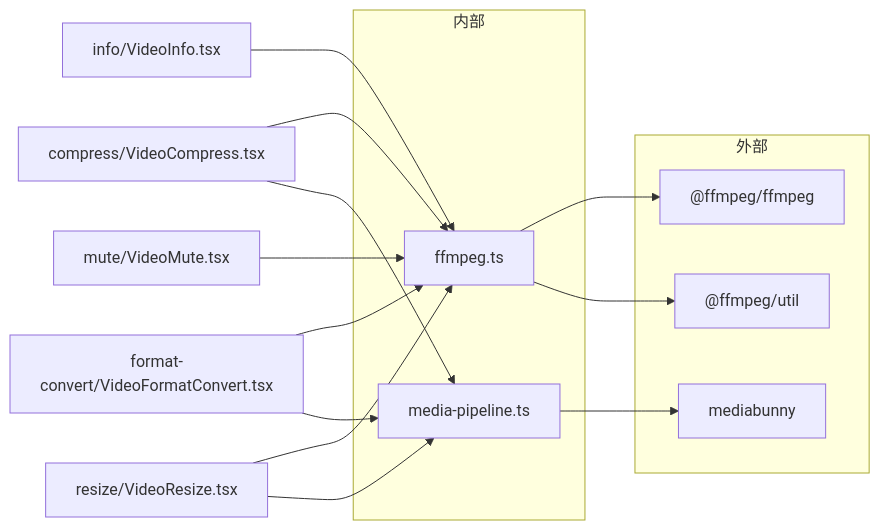
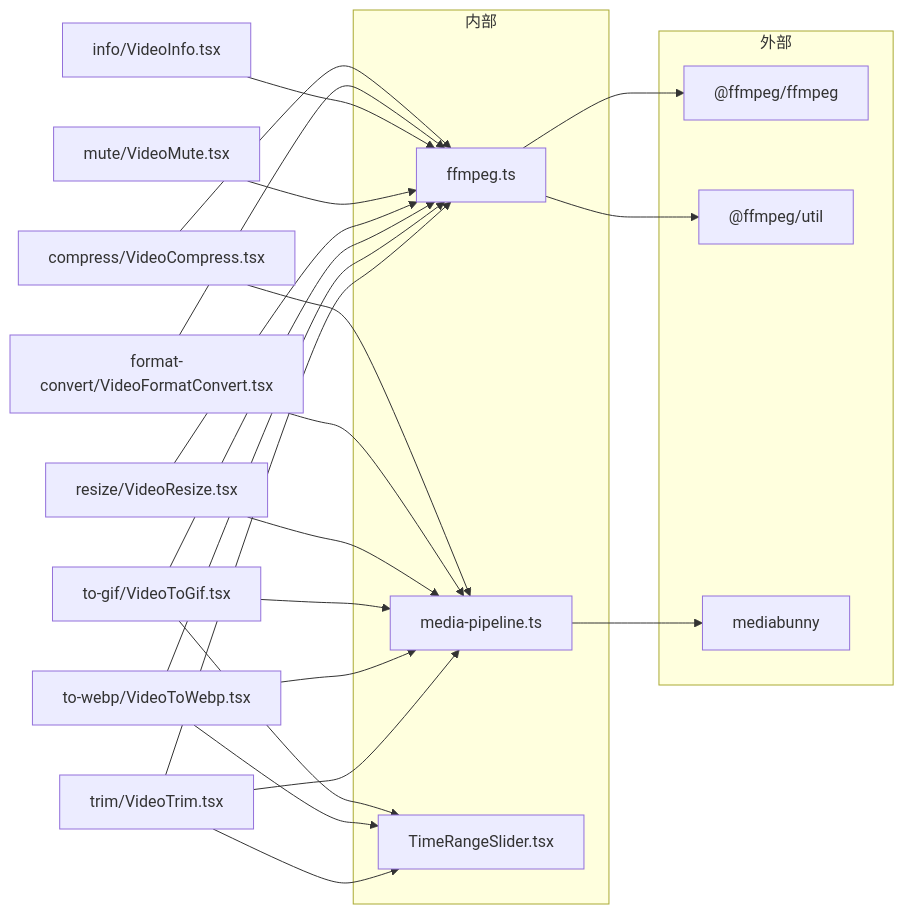
The seventh of 7 diagrams in .qoder/repowiki/zh/content/视频工具/视频工具.md (sgyy/privadeck), drawn with Mermaid before and after one commit. The commit also changed other lines of this file and 3 other files, not shown here.

````diff
--- a/.qoder/repowiki/zh/content/视频工具/视频工具.md
+++ b/.qoder/repowiki/zh/content/视频工具/视频工具.md
@@ -301,23 +412,33 @@
 ```mermaid
 graph LR
 subgraph "外部"
 FFM["@ffmpeg/ffmpeg"]
 FUTIL["@ffmpeg/util"]
 MB["mediabunny"]
 end
 subgraph "内部"
 FT["ffmpeg.ts"]
 MP["media-pipeline.ts"]
+TRS["TimeRangeSlider.tsx"]
 end
 VC["compress/VideoCompress.tsx"] --> FT
 VFC["format-convert/VideoFormatConvert.tsx"] --> FT
 VI["info/VideoInfo.tsx"] --> FT
 VM["mute/VideoMute.tsx"] --> FT
 VR["resize/VideoResize.tsx"] --> FT
+VTG["to-gif/VideoToGif.tsx"] --> TRS
+VTG --> FT
+VTW["to-webp/VideoToWebp.tsx"] --> TRS
+VTW --> FT
+VTT["trim/VideoTrim.tsx"] --> TRS
+VTT --> FT
 VC --> MP
 VFC --> MP
 VR --> MP
+VTG --> MP
+VTW --> MP
+VTT --> MP
 FT --> FFM
 FT --> FUTIL
 MP --> MB
 ```
````
